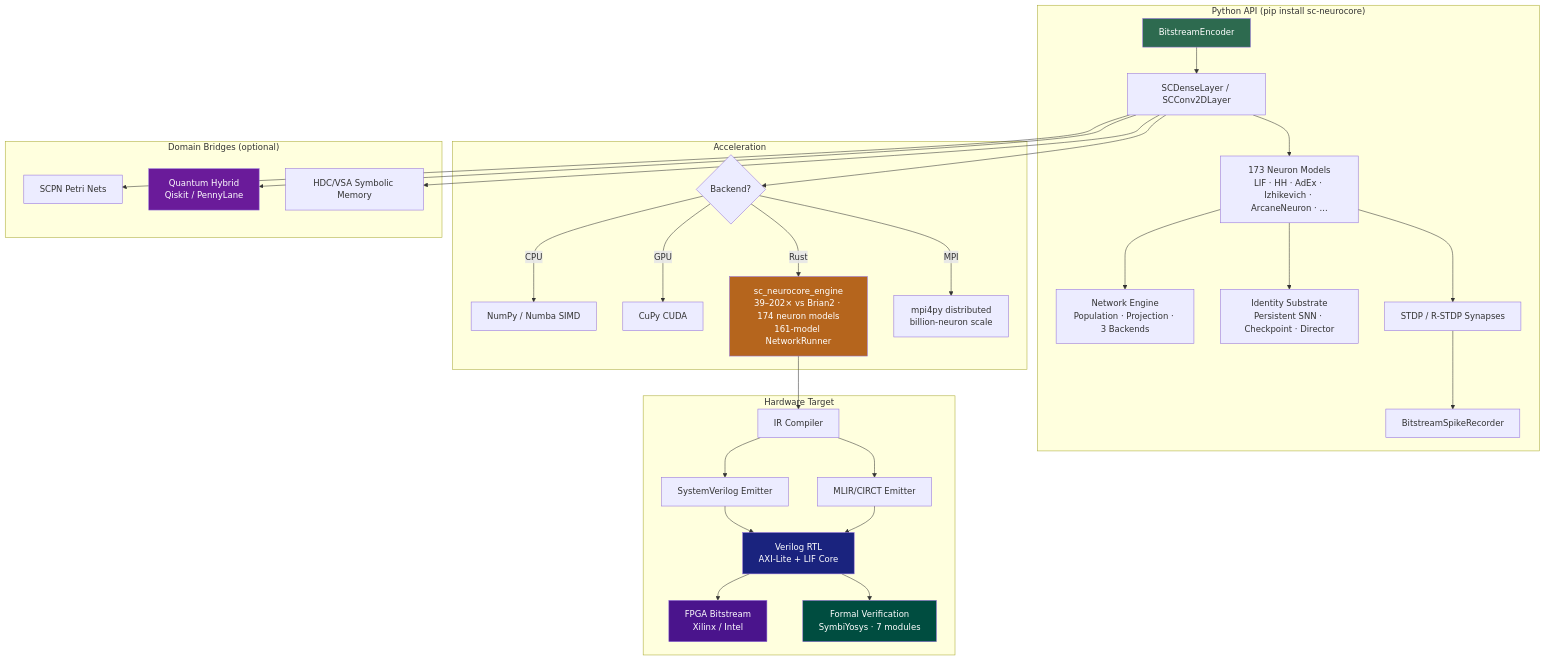
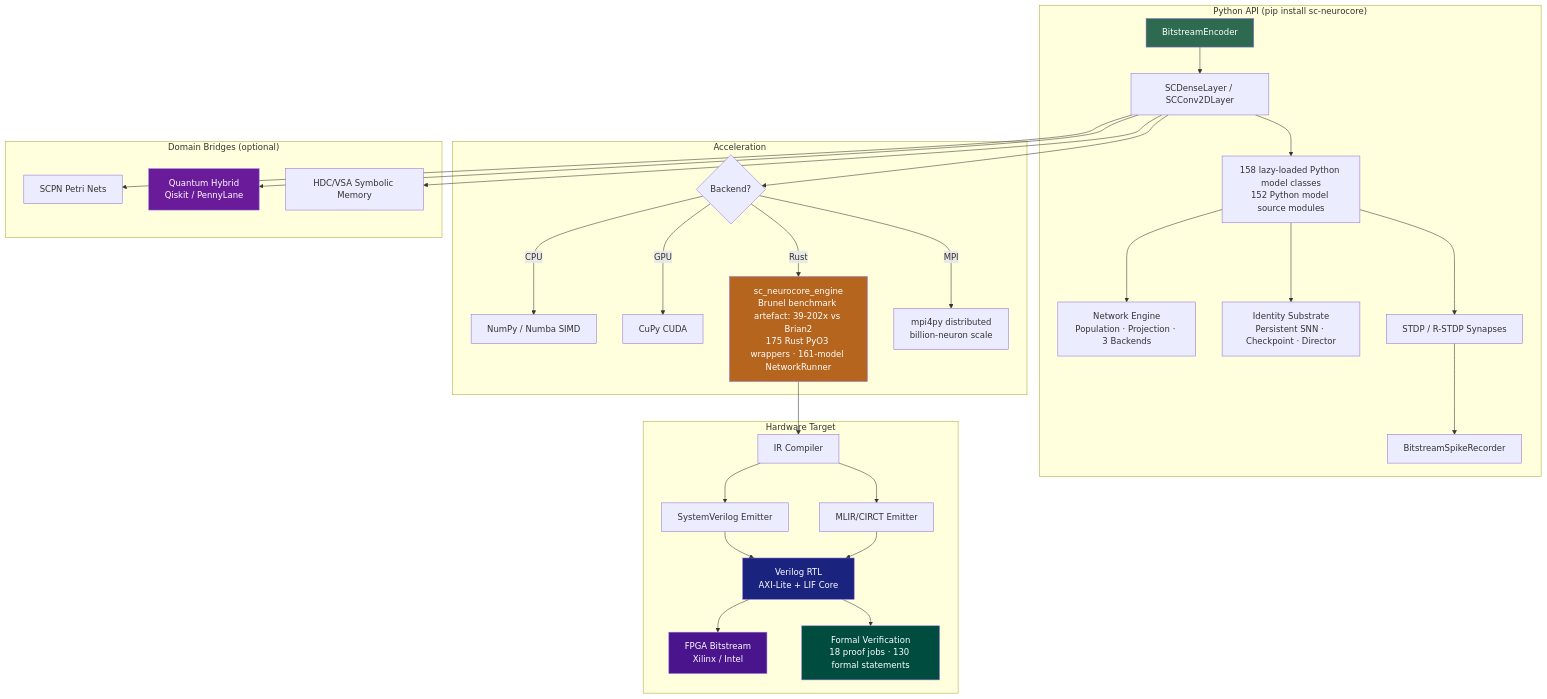
The diagram in README.md (anulum/sc-neurocore), drawn with Mermaid before and after one commit. The commit also changed other lines of this file and 19 other files, not shown here.

````diff
--- a/README.md
+++ b/README.md
@@ -285,42 +292,42 @@
 ```mermaid
 graph TD
     subgraph "Python API (pip install sc-neurocore)"
         A[BitstreamEncoder] --> B[SCDenseLayer / SCConv2DLayer]
-        B --> C[173 Neuron Models<br/>LIF · HH · AdEx · Izhikevich · ArcaneNeuron · ...]
+        B --> C[158 lazy-loaded Python model classes<br/>152 Python model source modules]
         C --> NET[Network Engine<br/>Population · Projection · 3 Backends]
         C --> ID[Identity Substrate<br/>Persistent SNN · Checkpoint · Director]
         C --> D[STDP / R-STDP Synapses]
         D --> E[BitstreamSpikeRecorder]
     end
 
     subgraph "Acceleration"
         B --> F{Backend?}
         F -->|CPU| G[NumPy / Numba SIMD]
         F -->|GPU| H[CuPy CUDA]
-        F -->|Rust| I[sc_neurocore_engine<br/>39–202× vs Brian2 · 174 neuron models<br/>161-model NetworkRunner]
+        F -->|Rust| I[sc_neurocore_engine<br/>Brunel benchmark artefact: 39-202x vs Brian2<br/>175 Rust PyO3 wrappers · 161-model NetworkRunner]
         F -->|MPI| MPI[mpi4py distributed<br/>billion-neuron scale]
     end
 
     subgraph "Hardware Target"
         I --> J[IR Compiler]
         J --> K[SystemVerilog Emitter]
         J --> K2[MLIR/CIRCT Emitter]
         K --> L[Verilog RTL<br/>AXI-Lite + LIF Core]
         K2 --> L
         L --> M[FPGA Bitstream<br/>Xilinx / Intel]
-        L --> V[Formal Verification<br/>SymbiYosys · 7 modules]
+        L --> V[Formal Verification<br/>18 proof jobs · 130 formal statements]
     end
 
     subgraph "Domain Bridges (optional)"
         B --> N[SCPN Petri Nets]
         B --> O[Quantum Hybrid<br/>Qiskit / PennyLane]
         B --> P[HDC/VSA Symbolic Memory]
     end
 
     style A fill:#2d6a4f,color:#fff
     style I fill:#b5651d,color:#fff
     style L fill:#1a237e,color:#fff
     style M fill:#4a148c,color:#fff
     style O fill:#6a1b9a,color:#fff
     style V fill:#004d40,color:#fff
 ```
````
